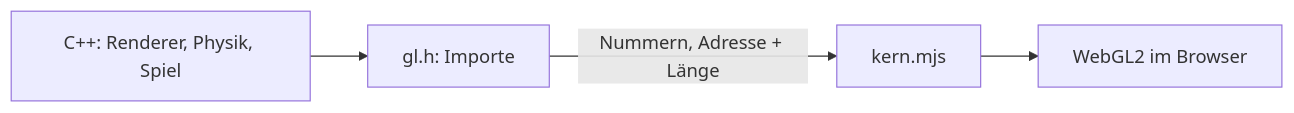
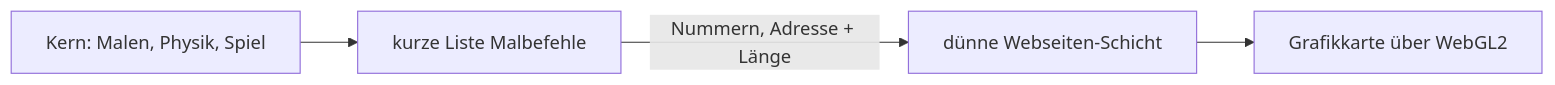
One commit to ChristianHohlfeld/kernengine.de changed the third of 3 diagrams in kern/docs/buch-gruen/B-grundlagen-rendering.md. Above: the diagram before and after it, drawn with Mermaid. The commit also changed other lines of this file and 22 other files, not shown here.

````diff
--- a/kern/docs/buch-gruen/B-grundlagen-rendering.md
+++ b/kern/docs/buch-gruen/B-grundlagen-rendering.md
@@ -474,6 +581,6 @@
 ```mermaid
 flowchart LR
-  R["C++: Renderer, Physik, Spiel"] --> G["gl.h: Importe"]
-  G -->|"Nummern, Adresse + Länge"| K["kern.mjs"]
-  K --> W["WebGL2 im Browser"]
+  R["Kern: Malen, Physik, Spiel"] --> G["kurze Liste Malbefehle"]
+  G -->|"Nummern, Adresse + Länge"| K["dünne Webseiten-Schicht"]
+  K --> W["Grafikkarte über WebGL2"]
 ```
````
